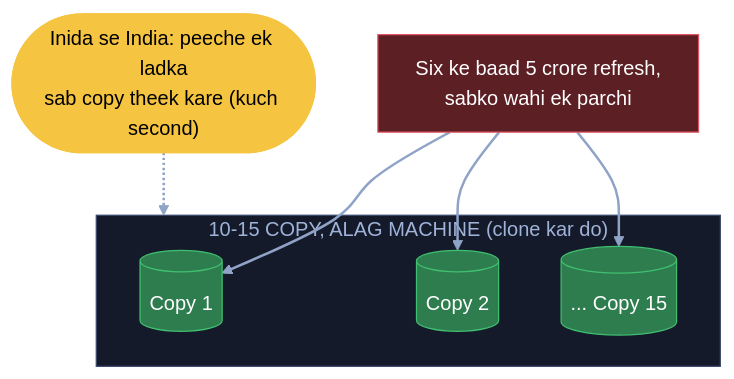
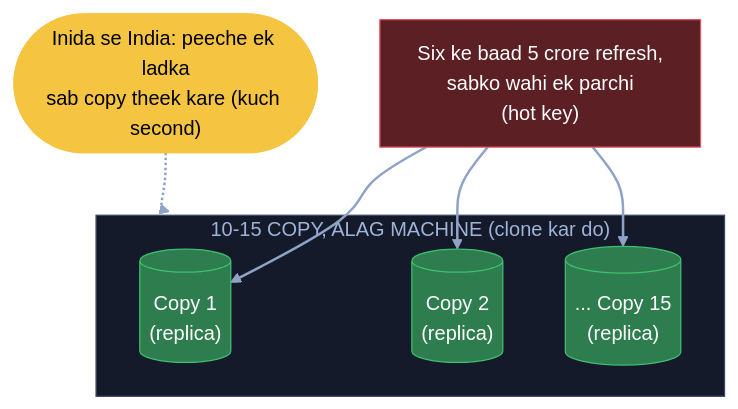
Before and after one commit to ArpanMaheshwari144/Prep: the fifth of 21 diagrams in 04_HLD/SYSTEM_DESIGNS/03_twitter_feed/03_twitter_feed.md, drawn with Mermaid. The commit also changed other lines of this file and 22 other files, not shown here.

Commit message:
Diagram: sirf kahani ke dohraaye shabd pe bracket, us jagah notes wala matlab (207 label)

````diff
--- a/04_HLD/SYSTEM_DESIGNS/03_twitter_feed/03_twitter_feed.md
+++ b/04_HLD/SYSTEM_DESIGNS/03_twitter_feed/03_twitter_feed.md
@@ -228,20 +228,20 @@
 ```mermaid
 flowchart TB
-    U["Six ke baad 5 crore refresh,<br/>sabko wahi ek parchi"]:::bad
+    U["Six ke baad 5 crore refresh,<br/>sabko wahi ek parchi<br/>(hot key)"]:::bad
     subgraph CL["10-15 COPY, ALAG MACHINE (clone kar do)"]
-        C1[("Copy 1")]:::good
-        C2[("Copy 2")]:::good
-        CN[("... Copy 15")]:::good
+        C1[("Copy 1<br/>(replica)")]:::good
+        C2[("Copy 2<br/>(replica)")]:::good
+        CN[("... Copy 15<br/>(replica)")]:::good
     end
     L(["Inida se India: peeche ek ladka<br/>sab copy theek kare (kuch second)"]):::pill
     U --> C1
     U --> C2
     U --> CN
     L -.-> CL
     linkStyle default stroke:#8fa3c7,stroke-width:2px
     classDef card fill:#1e2638,stroke:#3a4a6b,color:#e8ecf5
     classDef pill fill:#f5c542,stroke:#f5c542,color:#000
     classDef good fill:#2e7d4f,stroke:#3fbf6f,color:#fff
     classDef bad fill:#5c1f24,stroke:#e05561,color:#fff
     style CL fill:#141a29,stroke:#3a4a6b,color:#9fb3d9
 ```
````
